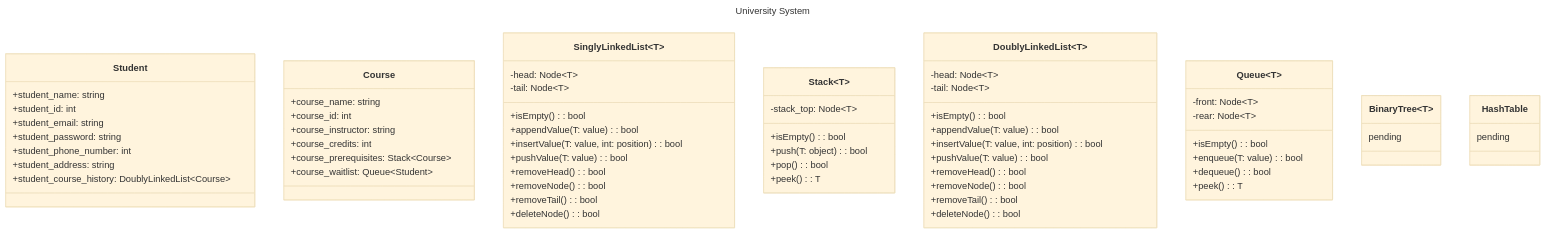
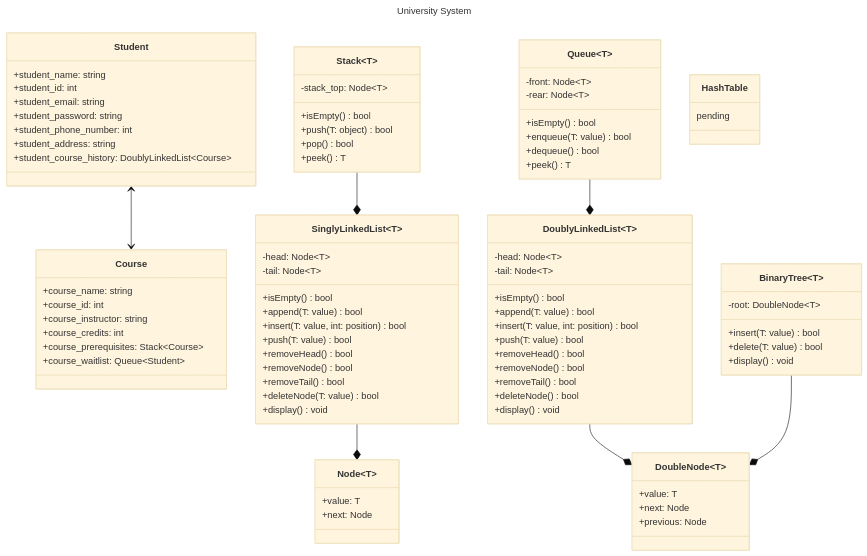
Before and after one commit to Darth-218/university-system: the diagram in 00-project.md, drawn with Mermaid (base theme). The commit also changed other lines of this file, not shown here.

Commit message:
Finished a draft diagram and created initial tasks

````diff
--- a/00-project.md
+++ b/00-project.md
@@ -46,49 +46,70 @@
 	+course_prerequisites: Stack~Course~
 	+course_waitlist: Queue~Student~
 }
+class Node~T~ {
+	+value: T
+	+next: Node<T>
+}
+class DoubleNode~T~ {
+	+value: T
+	+next: Node<T>
+	+previous: Node<T>
+}
 class SinglyLinkedList~T~ {
 	-head: Node~T~
 	-tail: Node~T~
-	+isEmpty(): bool
-	+appendValue(T: value): bool
-	+insertValue(T: value, int: position): bool
-	+pushValue(T: value): bool
-	+removeHead(): bool
-	+removeNode(): bool
-	+removeTail(): bool
-	+deleteNode(): bool
+	+isEmpty() bool
+	+append(T: value) bool
+	+insert(T: value, int: position) bool
+	+push(T: value) bool
+	+removeHead() bool
+	+removeNode() bool
+	+removeTail() bool
+	+deleteNode(T: value) bool
+	+display() void
 }
 class Stack~T~ {
 	-stack_top: Node~T~
-	+isEmpty(): bool
-	+push(T: object): bool
-	+pop(): bool
-	+peek(): T
+	+isEmpty() bool
+	+push(T: object) bool
+	+pop() bool
+	+peek() T
 }
 class DoublyLinkedList~T~ {
 	-head: Node~T~
 	-tail: Node~T~
-	+isEmpty(): bool
-	+appendValue(T: value): bool
-	+insertValue(T: value, int: position): bool
-	+pushValue(T: value): bool
-	+removeHead(): bool
-	+removeNode(): bool
-	+removeTail(): bool
-	+deleteNode(): bool
+	+isEmpty() bool
+	+append(T: value) bool
+	+insert(T: value, int: position) bool
+	+push(T: value) bool
+	+removeHead() bool
+	+removeNode() bool
+	+removeTail() bool
+	+deleteNode() bool
+	+display() void
 }
 class Queue~T~ {
 	-front: Node~T~
 	-rear: Node~T~
-	+isEmpty(): bool
-	+enqueue(T: value): bool
-	+dequeue(): bool
-	+peek(): T
+	+isEmpty() bool
+	+enqueue(T: value) bool
+	+dequeue() bool
+	+peek() T
 }
 class BinaryTree~T~ {
-	pending
+	-root: DoubleNode~T~
+	+insert(T: value) bool
+	+delete(T: value) bool
+	+display() void
 }
 class HashTable {
 	pending
 }
+
+Student <--> Course
+Stack --* SinglyLinkedList
+SinglyLinkedList --* Node
+Queue --* DoublyLinkedList
+DoublyLinkedList --* DoubleNode
+BinaryTree --* DoubleNode
 ```
````
